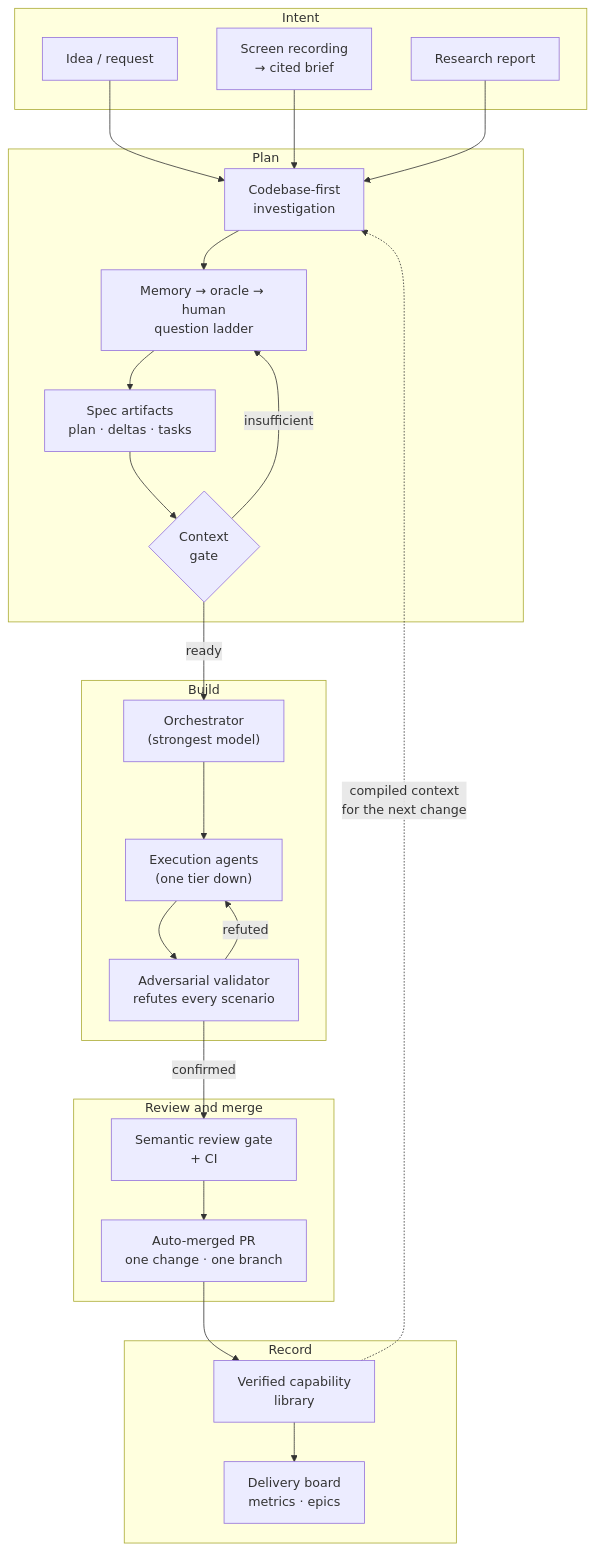
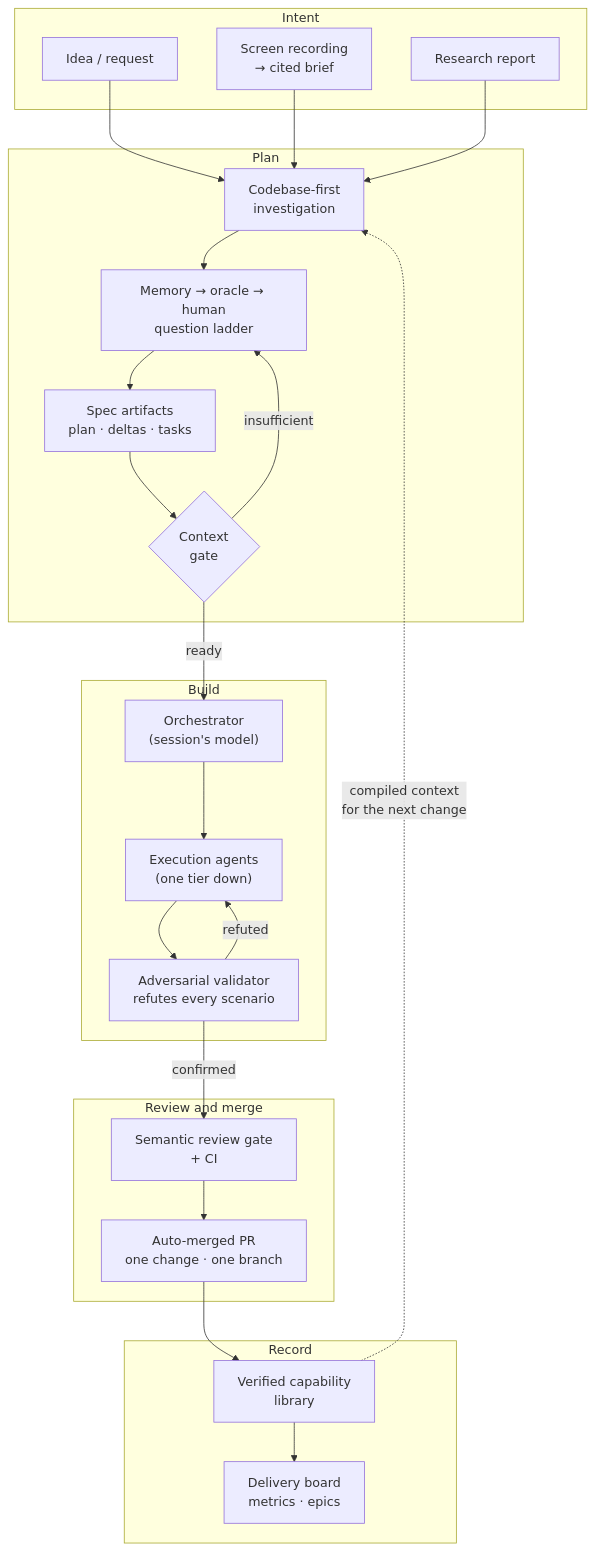
One commit to shipd-now/shipd changed the diagram in docs/what-is-shipd.md. Above: the diagram before and after it, drawn with Mermaid. The commit also changed other lines of this file and 39 other files, not shown here.

````diff
--- a/docs/what-is-shipd.md
+++ b/docs/what-is-shipd.md
@@ -38,43 +38,43 @@
 ```mermaid
 flowchart TD
     subgraph intent [Intent]
         idea["Idea / request"]
         video["Screen recording<br/>→ cited brief"]
         research["Research report"]
     end
 
     subgraph plan [Plan]
         investigate["Codebase-first<br/>investigation"]
         ladder["Memory → oracle → human<br/>question ladder"]
         spec["Spec artifacts<br/>plan · deltas · tasks"]
         gate{"Context<br/>gate"}
     end
 
     subgraph build [Build]
-        orch["Orchestrator<br/>(strongest model)"]
+        orch["Orchestrator<br/>(session's model)"]
         agents["Execution agents<br/>(one tier down)"]
         validator["Adversarial validator<br/>refutes every scenario"]
     end
 
     subgraph ship [Review and merge]
         review["Semantic review gate<br/>+ CI"]
         pr["Auto-merged PR<br/>one change · one branch"]
     end
 
     subgraph record [Record]
         library["Verified capability<br/>library"]
         board["Delivery board<br/>metrics · epics"]
     end
 
     idea --> investigate
     video --> investigate
     research --> investigate
     investigate --> ladder --> spec --> gate
     gate -- ready --> orch
     gate -- insufficient --> ladder
     orch --> agents --> validator
     validator -- refuted --> agents
     validator -- confirmed --> review --> pr
     pr --> library --> board
     library -. "compiled context<br/>for the next change" .-> investigate
 ```
````
